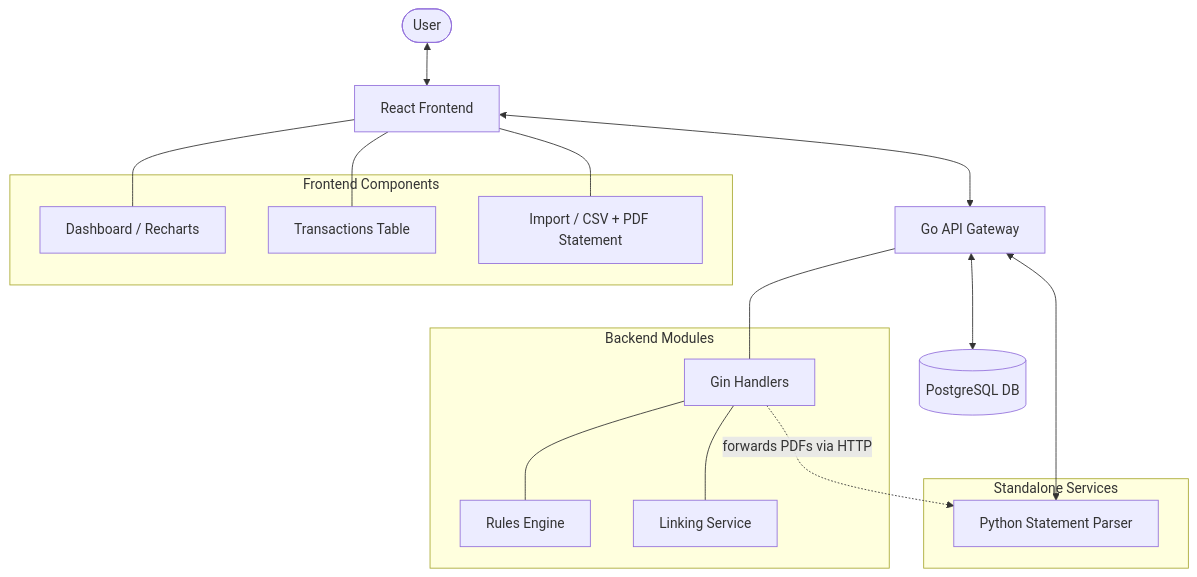
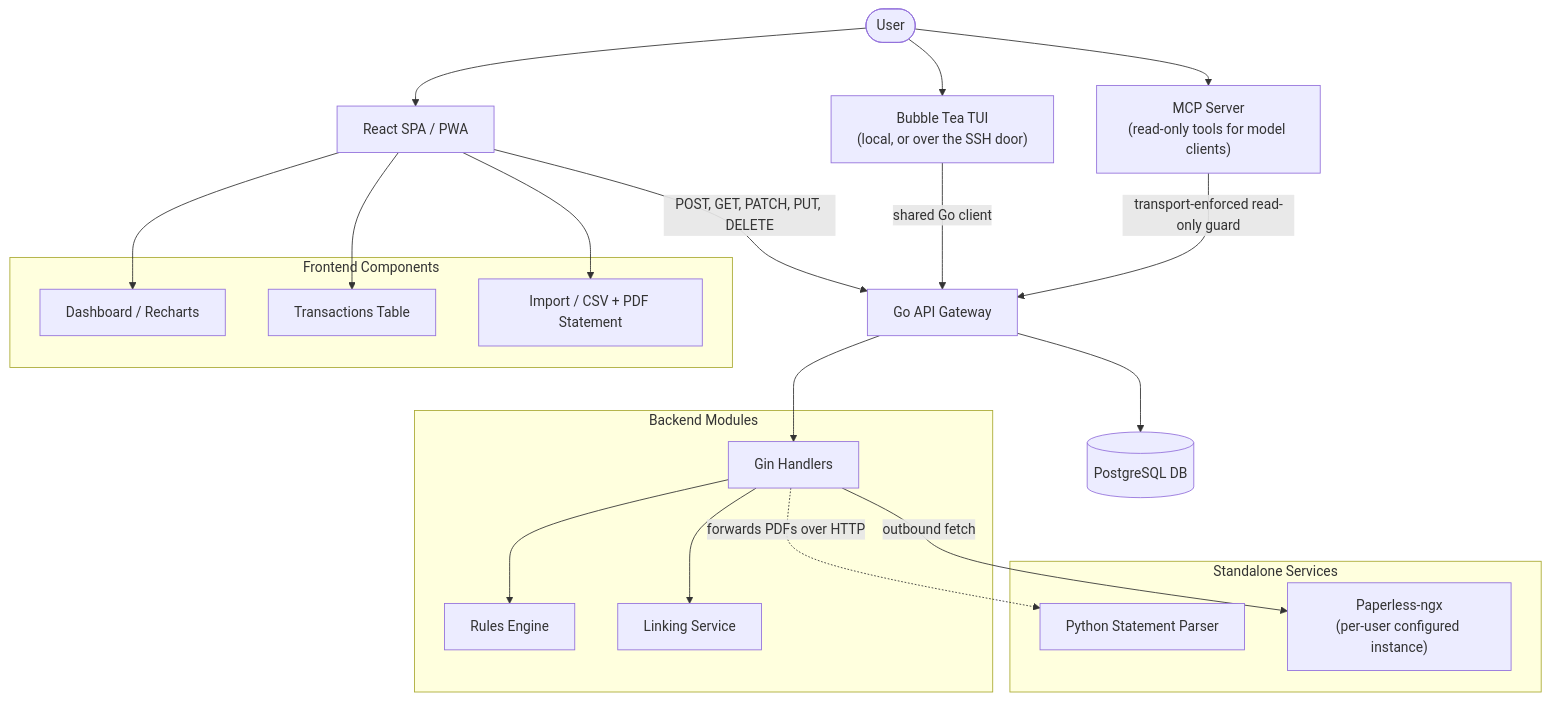
The first of 3 diagrams in FLOWCHART.md (suyash01/FinTrak), drawn with Mermaid before and after one commit. The commit also changed other lines of this file and 37 other files, not shown here.

First line of the commit message:
Refactor database migrations and enforce schema constraints

````diff
--- a/FLOWCHART.md
+++ b/FLOWCHART.md
@@ -7,32 +7,39 @@
 ```mermaid
 graph TD
-    User([User]) <--> Frontend[React Frontend]
-    Frontend <--> API[Go API Gateway]
-    API <--> PostgreSQL[(PostgreSQL DB)]
-    API <--> Parser[Statement Parser Service]
+    User(["User"]) --> SPA["React SPA / PWA"]
+    User --> TUI["Bubble Tea TUI<br/>(local, or over the SSH door)"]
+    User --> MCP["MCP Server<br/>(read-only tools for model clients)"]
+
+    SPA -->|"POST, GET, PATCH, PUT, DELETE"| API["Go API Gateway"]
+    TUI -->|"shared Go client"| API
+    MCP -->|"transport-enforced read-only guard"| API
+
+    API --> PostgreSQL[("PostgreSQL DB")]
 
     subgraph "Frontend Components"
-        Dashboard[Dashboard / Recharts]
-        Transactions[Transactions Table]
-        Import[Import / CSV + PDF Statement]
+        Dashboard["Dashboard / Recharts"]
+        Transactions["Transactions Table"]
+        Import["Import / CSV + PDF Statement"]
     end
 
     subgraph "Backend Modules"
-        Handlers[Gin Handlers]
-        RulesEngine[Rules Engine]
-        LinkingService[Linking Service]
+        Handlers["Gin Handlers"]
+        RulesEngine["Rules Engine"]
+        LinkingService["Linking Service"]
     end
 
     subgraph "Standalone Services"
-        Parser[Python Statement Parser]
+        Parser["Python Statement Parser"]
+        Paperless["Paperless-ngx<br/>(per-user configured instance)"]
     end
 
-    Frontend --- Dashboard
-    Frontend --- Transactions
-    Frontend --- Import
+    SPA --> Dashboard
+    SPA --> Transactions
+    SPA --> Import
 
-    API --- Handlers
-    Handlers --- RulesEngine
-    Handlers --- LinkingService
-    Handlers -. forwards PDFs via HTTP .-> Parser
+    API --> Handlers
+    Handlers --> RulesEngine
+    Handlers --> LinkingService
+    Handlers -. "forwards PDFs over HTTP" .-> Parser
+    Handlers -->|"outbound fetch"| Paperless
 ```
````
